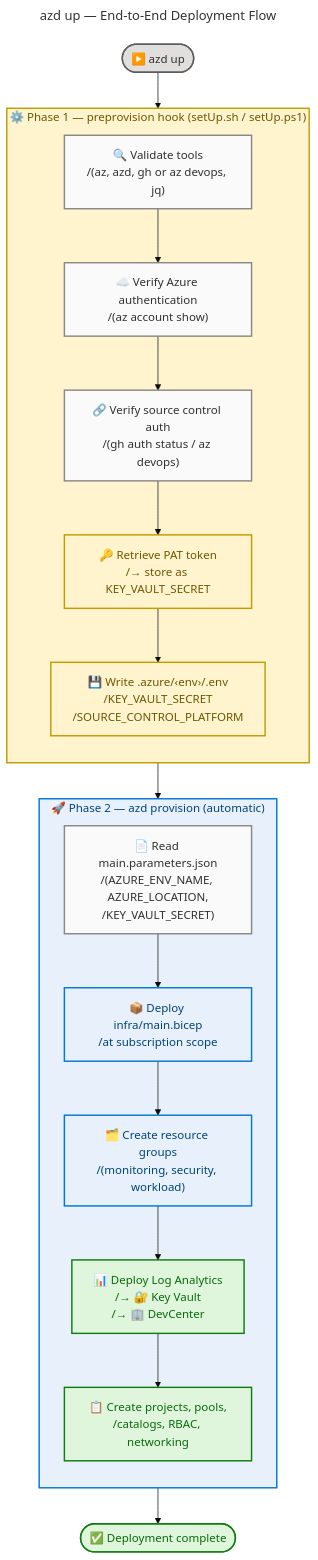
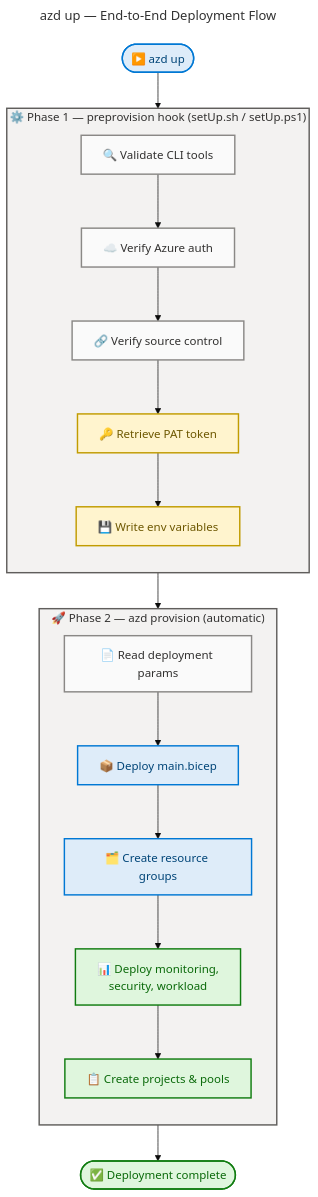
The second of 2 diagrams in README.md (Evilazaro/DevExp-DevBox), drawn with Mermaid before and after one commit. The commit also changed other lines of this file, not shown here.

````diff
--- a/README.md
+++ b/README.md
@@ -252,71 +250,71 @@
 ```mermaid
 ---
 title: "azd up — End-to-End Deployment Flow"
 config:
   theme: base
   look: classic
   layout: dagre
   themeVariables:
     fontSize: '16px'
   flowchart:
     htmlLabels: true
 ---
 flowchart TD
-    accTitle: azd up deployment flow
+    accTitle: azd up — End-to-End Deployment Flow
     accDescr: Shows the two-phase deployment process — preprovision setup followed by Bicep infrastructure provisioning
 
     %% ═══════════════════════════════════════════════════════════════════════════
     %% AZURE / FLUENT ARCHITECTURE PATTERN v1.1
     %% (Semantic + Structural + Font + Accessibility Governance)
     %% ═══════════════════════════════════════════════════════════════════════════
     %% PHASE 1 - STRUCTURAL: Direction explicit, flat topology, nesting ≤ 3
     %% PHASE 2 - SEMANTIC: Colors justified, max 5 semantic classes, neutral-first
     %% PHASE 3 - FONT: Dark text on light backgrounds, contrast ≥ 4.5:1
     %% PHASE 4 - ACCESSIBILITY: accTitle/accDescr present, icons on all nodes
     %% PHASE 5 - STANDARD: Governance block present, classDefs centralized
     %% ═══════════════════════════════════════════════════════════════════════════
 
     %% COLOR DOCUMENTATION
-    %% core (#E1DFDD) — Entry/exit nodes (azd up command)
+    %% core (#DEECF9) — Entry/exit and deployment operations (azd up, Bicep deploy)
     %% success (#DFF6DD) — Completed deployment stages
     %% warning (#FFF4CE) — Security-sensitive operations (PAT, secrets)
-    %% data (#E8F1FB) — Infrastructure deployment operations
     %% neutral (#FAFAFA) — Validation and read operations
 
     start(["▶️ azd up"]):::core --> phase1
 
     subgraph phase1["⚙️ Phase 1 — preprovision hook (setUp.sh / setUp.ps1)"]
         direction TB
-        step1["🔍 Validate tools<br>/(az, azd, gh or az devops, jq)"]:::neutral
-        step2["☁️ Verify Azure authentication<br>/(az account show)"]:::neutral
-        step3["🔗 Verify source control auth<br>/(gh auth status / az devops)"]:::neutral
-        step4["🔑 Retrieve PAT token<br>/→ store as KEY_VAULT_SECRET"]:::warning
-        step5["💾 Write .azure/‹env›/.env<br>/KEY_VAULT_SECRET<br>/SOURCE_CONTROL_PLATFORM"]:::warning
+        step1["🔍 Validate CLI tools"]:::neutral
+        step2["☁️ Verify Azure auth"]:::neutral
+        step3["🔗 Verify source control"]:::neutral
+        step4["🔑 Retrieve PAT token"]:::warning
+        step5["💾 Write env variables"]:::warning
 
         step1 --> step2 --> step3 --> step4 --> step5
     end
 
     phase1 --> phase2
 
     subgraph phase2["🚀 Phase 2 — azd provision (automatic)"]
         direction TB
-        prov1["📄 Read main.parameters.json<br>/(AZURE_ENV_NAME, AZURE_LOCATION,<br>/KEY_VAULT_SECRET)"]:::neutral
-        prov2["📦 Deploy infra/main.bicep<br>/at subscription scope"]:::data
-        prov3["🗂️ Create resource groups<br>/(monitoring, security, workload)"]:::data
-        prov4["📊 Deploy Log Analytics<br>/→ 🔐 Key Vault<br>/→ 🏢 DevCenter"]:::success
-        prov5["📋 Create projects, pools,<br>/catalogs, RBAC, networking"]:::success
+        prov1["📄 Read deployment params"]:::neutral
+        prov2["📦 Deploy main.bicep"]:::core
+        prov3["🗂️ Create resource groups"]:::core
+        prov4["📊 Deploy monitoring,<br>security, workload"]:::success
+        prov5["📋 Create projects & pools"]:::success
 
         prov1 --> prov2 --> prov3 --> prov4 --> prov5
     end
 
     prov5 --> done(["✅ Deployment complete"]):::success
 
-    style phase1 fill:#FFF4CE,stroke:#C19C00,stroke-width:2px,color:#6D5700
-    style phase2 fill:#E8F1FB,stroke:#0078D4,stroke-width:2px,color:#004578
+    %% SUBGRAPH STYLING — neutral fills (2 subgraphs = 2 style directives)
+    style phase1 fill:#F3F2F1,stroke:#605E5C,stroke-width:2px,color:#323130
+    style phase2 fill:#F3F2F1,stroke:#605E5C,stroke-width:2px,color:#323130
 
-    classDef core fill:#E1DFDD,stroke:#605E5C,stroke-width:2px,color:#323130
+    %% Centralized classDef palette (canonical — max 5 semantic classes)
+    classDef core fill:#DEECF9,stroke:#0078D4,stroke-width:2px,color:#004578
     classDef success fill:#DFF6DD,stroke:#107C10,stroke-width:2px,color:#0B6A0B
     classDef warning fill:#FFF4CE,stroke:#C19C00,stroke-width:2px,color:#6D5700
-    classDef data fill:#E8F1FB,stroke:#0078D4,stroke-width:2px,color:#004578
     classDef neutral fill:#FAFAFA,stroke:#8A8886,stroke-width:2px,color:#323130
 ```
````
